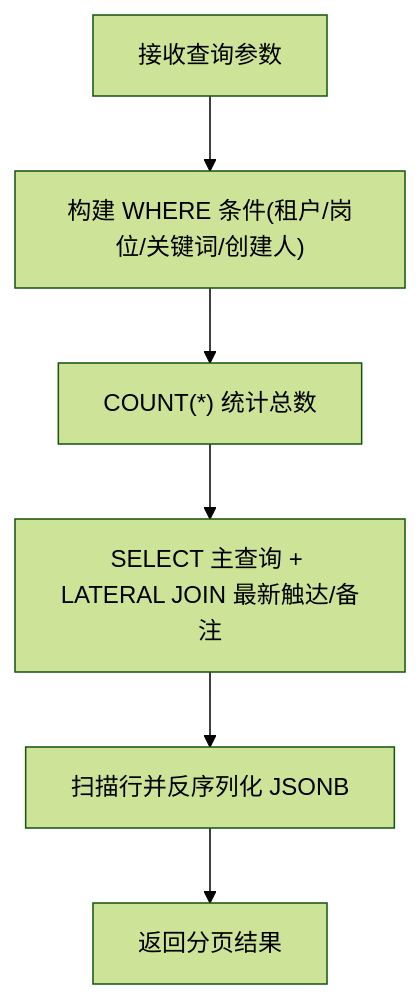
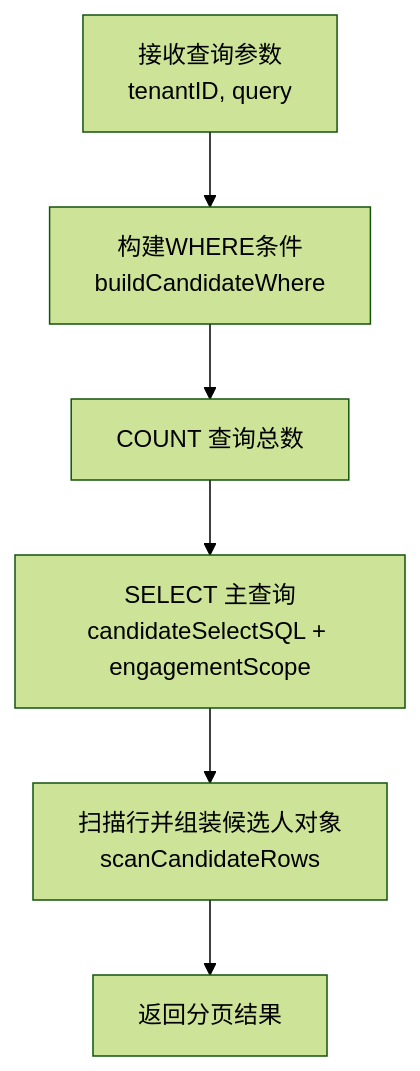
The seventh of 8 diagrams in .qoder/repowiki/zh/content/云端后端服务/候选人处理系统/候选人数据摄入/候选人数据存储处理.md (alvinwangzi/goodhr), drawn with Mermaid (forest theme) before and after one commit. The commit also changed other lines of this file and 149 other files, not shown here.

````diff
--- a/.qoder/repowiki/zh/content/云端后端服务/候选人处理系统/候选人数据摄入/候选人数据存储处理.md
+++ b/.qoder/repowiki/zh/content/云端后端服务/候选人处理系统/候选人数据摄入/候选人数据存储处理.md
@@ -207,8 +299,8 @@
 ```mermaid
 flowchart TD
-QStart["接收查询参数"] --> BuildWhere["构建 WHERE 条件(租户/岗位/关键词/创建人)"]
-BuildWhere --> Count["COUNT(*) 统计总数"]
-Count --> ListQuery["SELECT 主查询 + LATERAL JOIN 最新触达/备注"]
-ListQuery --> Scan["扫描行并反序列化 JSONB"]
-Scan --> ReturnList["返回分页结果"]
+A["接收查询参数<br/>tenantID, query"] --> B["构建WHERE条件<br/>buildCandidateWhere"]
+B --> C["COUNT 查询总数"]
+C --> D["SELECT 主查询<br/>candidateSelectSQL + engagementScope"]
+D --> E["扫描行并组装候选人对象<br/>scanCandidateRows"]
+E --> F["返回分页结果"]
 ```
````
